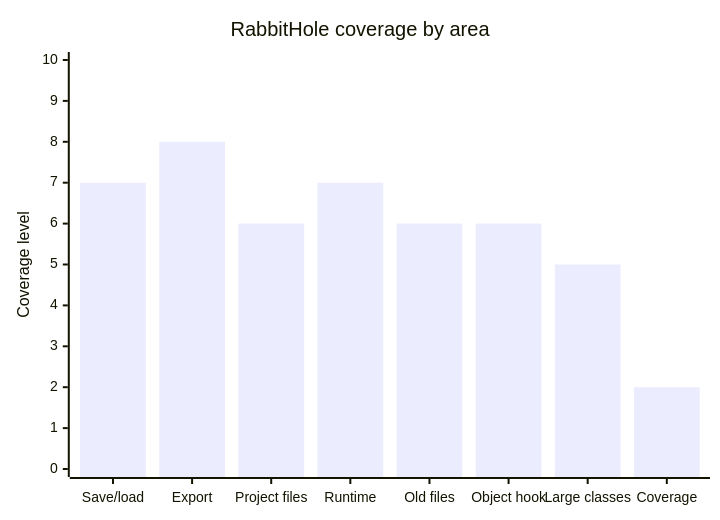
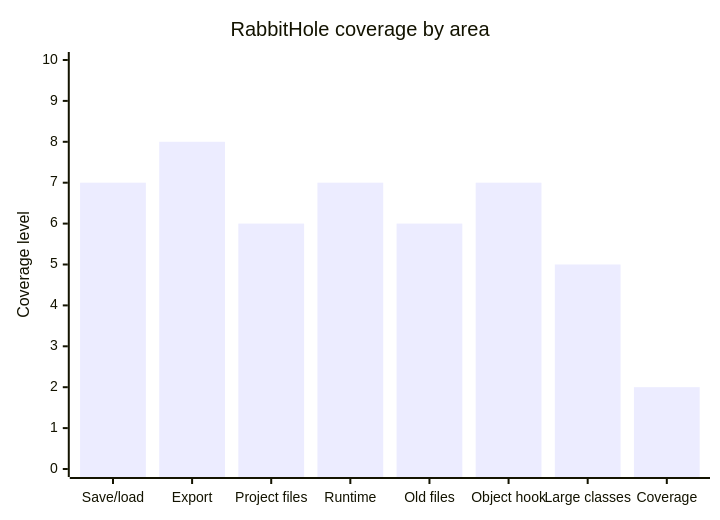
Before and after one commit to rysweet/drinkme: the third of 6 diagrams in README.md, drawn with Mermaid. The commit also changed other lines of this file and 2 other files, not shown here.

````diff
--- a/README.md
+++ b/README.md
@@ -77,7 +77,7 @@
 ```mermaid
 xychart-beta
   title "RabbitHole coverage by area"
   x-axis ["Save/load", "Export", "Project files", "Runtime", "Old files", "Object hook", "Large classes", "Coverage"]
   y-axis "Coverage level" 0 --> 10
-  bar [7, 8, 6, 7, 6, 6, 5, 2]
+  bar [7, 8, 6, 7, 6, 7, 5, 2]
 ```
````
